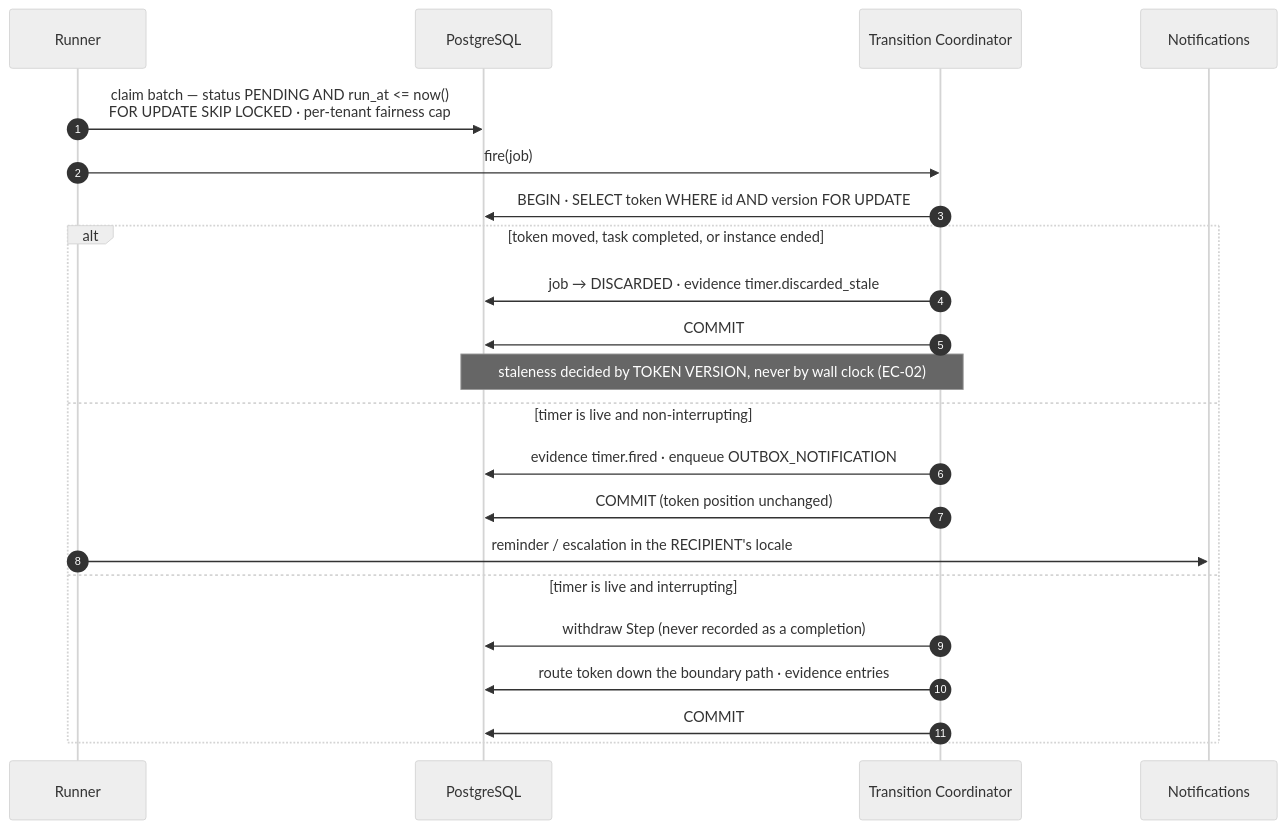
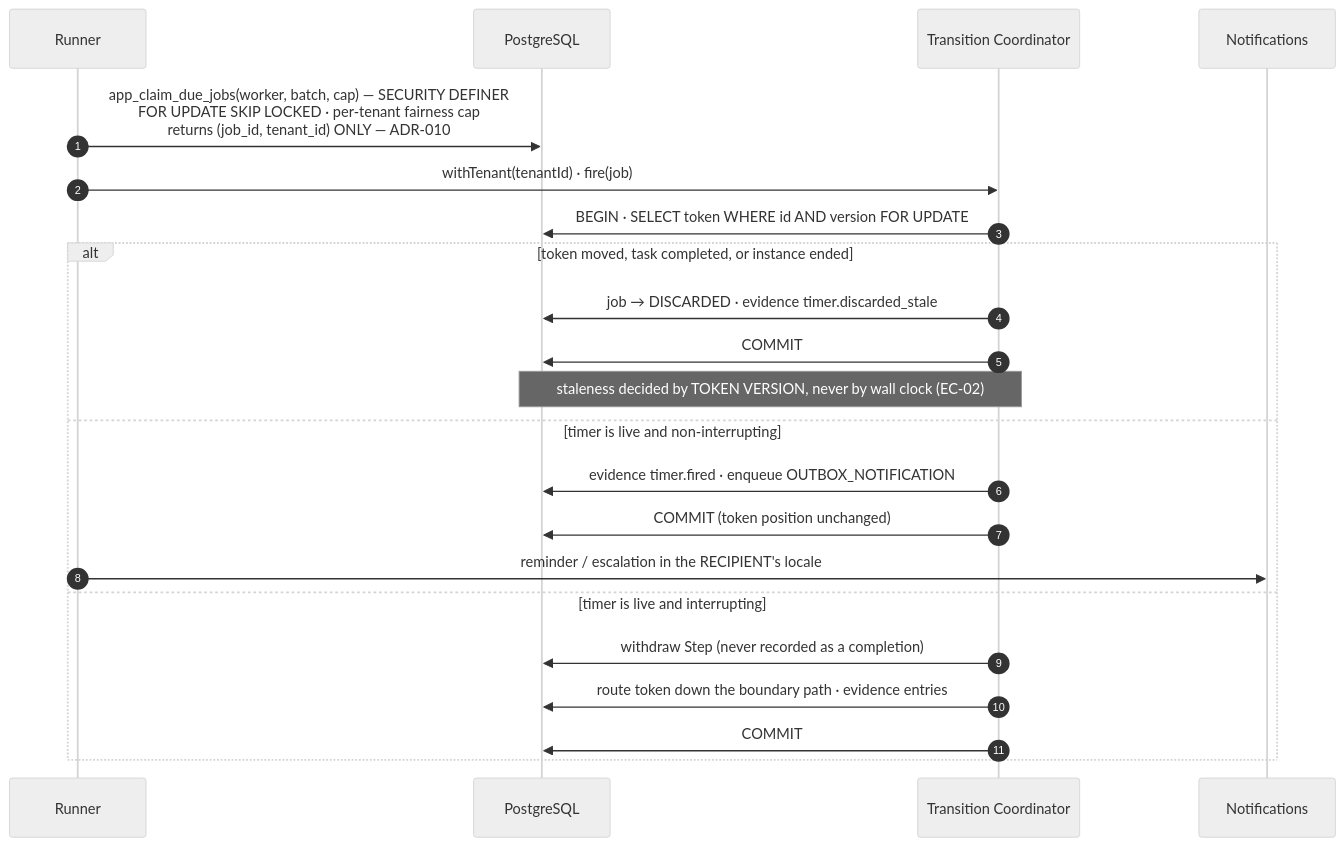
The sixth of 10 diagrams in products/connectbpm/docs/architecture.md (Tamoura/Claude-Code-creates-the-SW-company), drawn with Mermaid (neutral theme) before and after one commit. The commit also changed other lines of this file and 4 other files, not shown here.

````diff
--- a/products/connectbpm/docs/architecture.md
+++ b/products/connectbpm/docs/architecture.md
@@ -359,25 +361,25 @@
 ```mermaid
 sequenceDiagram
     autonumber
     participant RUN as Runner
     participant DB as PostgreSQL
     participant ENG as Transition Coordinator
     participant NOT as Notifications
 
-    RUN->>DB: claim batch — status PENDING AND run_at <= now()<br/>FOR UPDATE SKIP LOCKED · per-tenant fairness cap
-    RUN->>ENG: fire(job)
+    RUN->>DB: app_claim_due_jobs(worker, batch, cap) — SECURITY DEFINER<br/>FOR UPDATE SKIP LOCKED · per-tenant fairness cap<br/>returns (job_id, tenant_id) ONLY — ADR-010
+    RUN->>ENG: withTenant(tenantId) · fire(job)
     ENG->>DB: BEGIN · SELECT token WHERE id AND version FOR UPDATE
     alt token moved, task completed, or instance ended
         ENG->>DB: job → DISCARDED · evidence timer.discarded_stale
         ENG->>DB: COMMIT
         Note over ENG,DB: staleness decided by TOKEN VERSION, never by wall clock (EC-02)
     else timer is live and non-interrupting
         ENG->>DB: evidence timer.fired · enqueue OUTBOX_NOTIFICATION
         ENG->>DB: COMMIT (token position unchanged)
         RUN->>NOT: reminder / escalation in the RECIPIENT's locale
     else timer is live and interrupting
         ENG->>DB: withdraw Step (never recorded as a completion)
         ENG->>DB: route token down the boundary path · evidence entries
         ENG->>DB: COMMIT
     end
 ```
````
